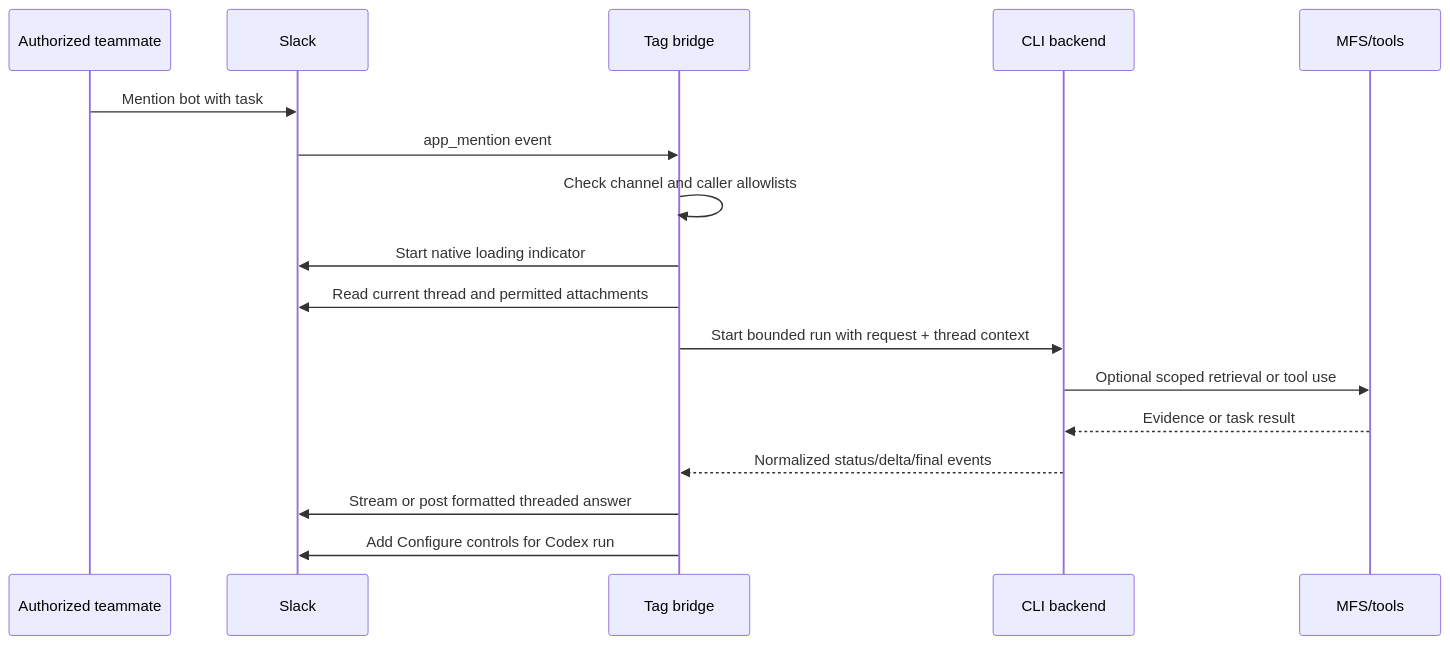
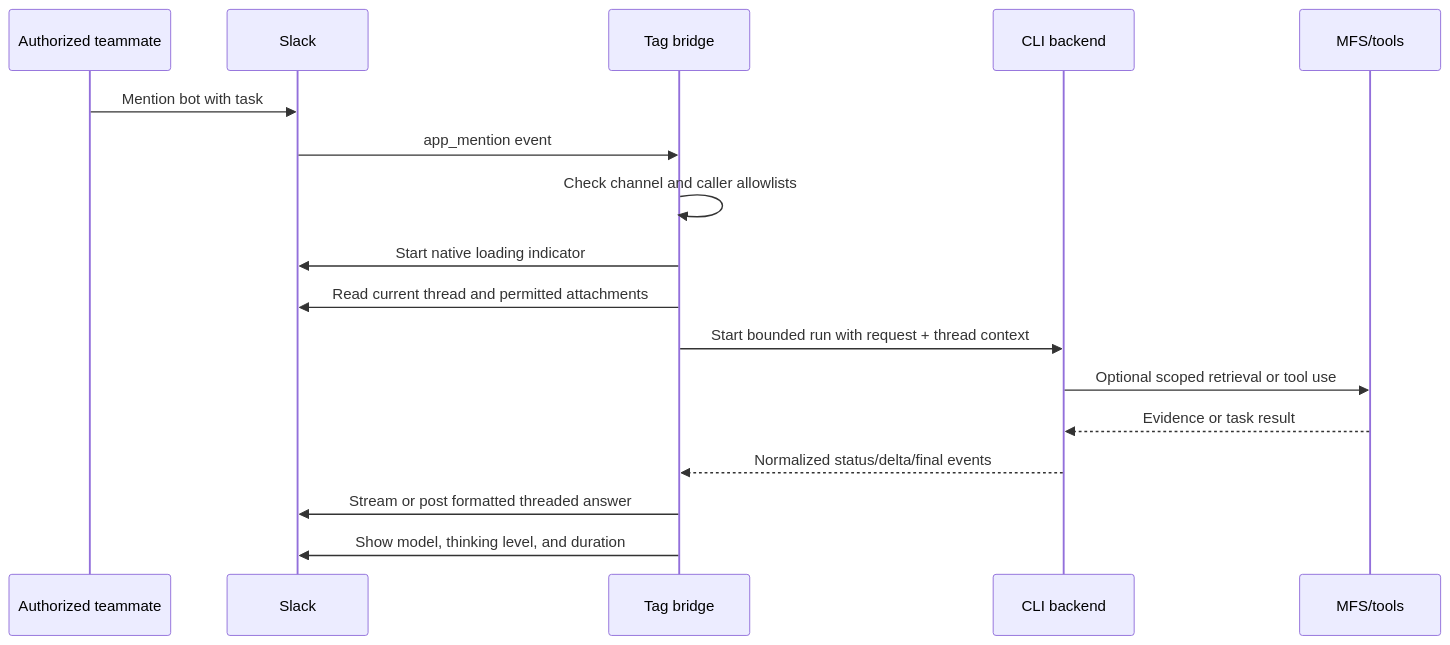
The sixth of 18 diagrams in docs/user-flows.md (klovr-co/hover-tag), drawn with Mermaid before and after one commit. The commit also changed 60 other files, not shown here.

````diff
--- a/docs/user-flows.md
+++ b/docs/user-flows.md
@@ -242,20 +242,20 @@
 ```mermaid
 sequenceDiagram
     participant U as Authorized teammate
     participant S as Slack
     participant T as Tag bridge
     participant B as CLI backend
     participant M as MFS/tools
 
     U->>S: Mention bot with task
     S->>T: app_mention event
     T->>T: Check channel and caller allowlists
     T->>S: Start native loading indicator
     T->>S: Read current thread and permitted attachments
     T->>B: Start bounded run with request + thread context
     B->>M: Optional scoped retrieval or tool use
     M-->>B: Evidence or task result
     B-->>T: Normalized status/delta/final events
     T->>S: Stream or post formatted threaded answer
-    T->>S: Add Configure controls for Codex run
+    T->>S: Show model, thinking level, and duration
 ```
````
